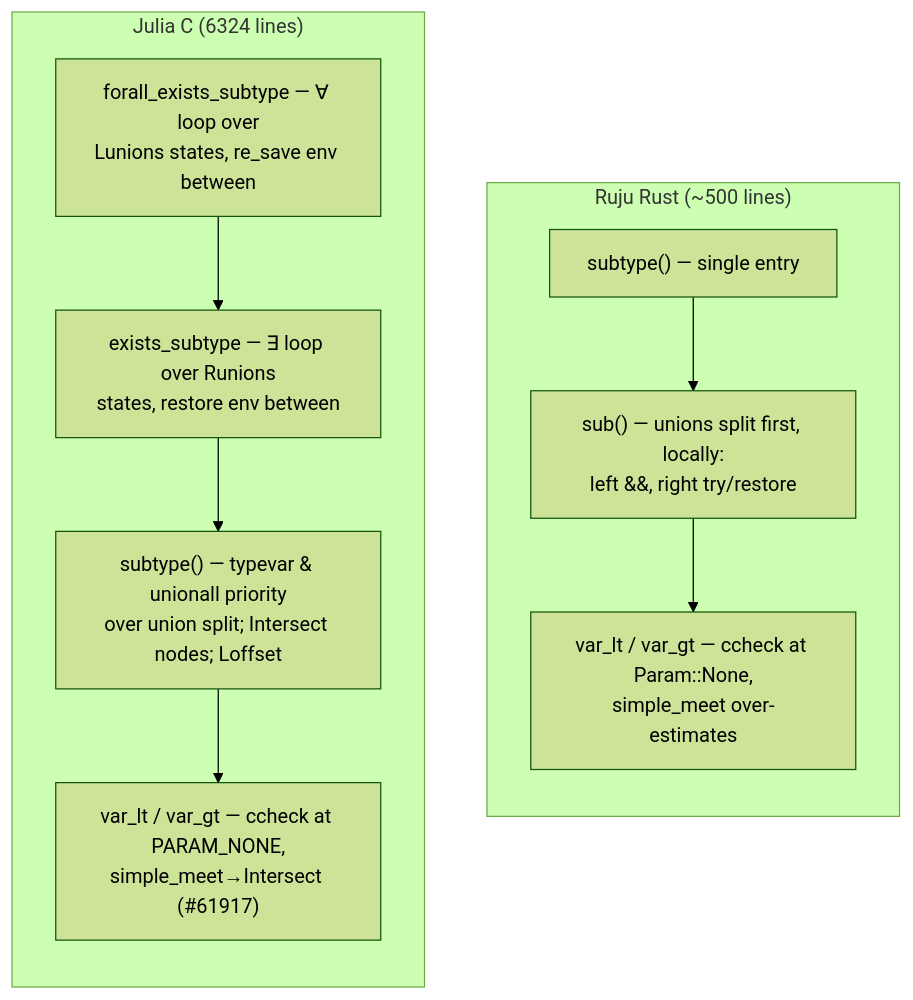
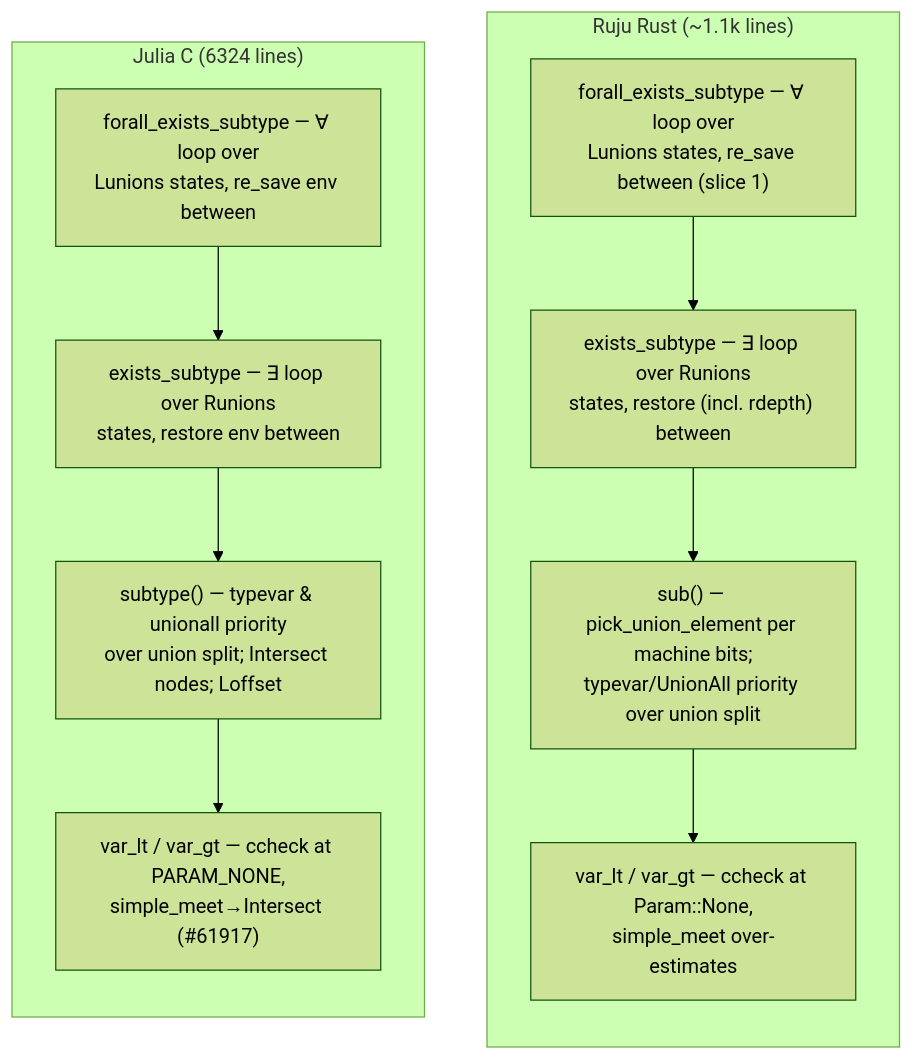
The fifth of 8 diagrams in design/implementation.md (andy-emerson/Ruju), drawn with Mermaid (forest theme) before and after one commit. The commit also changed other lines of this file and 4 other files, not shown here.

````diff
--- a/design/implementation.md
+++ b/design/implementation.md
@@ -317,19 +317,20 @@
 ```mermaid
 flowchart LR
     subgraph C["Julia C (6324 lines)"]
         direction TB
         CF["forall_exists_subtype — ∀ loop over<br/>Lunions states, re_save env between"]
         CE["exists_subtype — ∃ loop over Runions<br/>states, restore env between"]
         CSUB["subtype() — typevar & unionall priority<br/>over union split; Intersect nodes; Loffset"]
         CV["var_lt / var_gt — ccheck at PARAM_NONE,<br/>simple_meet→Intersect (#61917)"]
         CF --> CE --> CSUB --> CV
     end
-    subgraph R["Ruju Rust (~500 lines)"]
+    subgraph R["Ruju Rust (~1.1k lines)"]
         direction TB
-        RS2["subtype() — single entry"]
-        RSUB["sub() — unions split first, locally:<br/>left &&, right try/restore"]
+        RF["forall_exists_subtype — ∀ loop over<br/>Lunions states, re_save between (slice 1)"]
+        RE["exists_subtype — ∃ loop over Runions<br/>states, restore (incl. rdepth) between"]
+        RSUB["sub() — pick_union_element per machine bits;<br/>typevar/UnionAll priority over union split"]
         RV["var_lt / var_gt — ccheck at Param::None,<br/>simple_meet over-estimates"]
-        RS2 --> RSUB --> RV
+        RF --> RE --> RSUB --> RV
     end
     C ~~~ R
 ```
````
